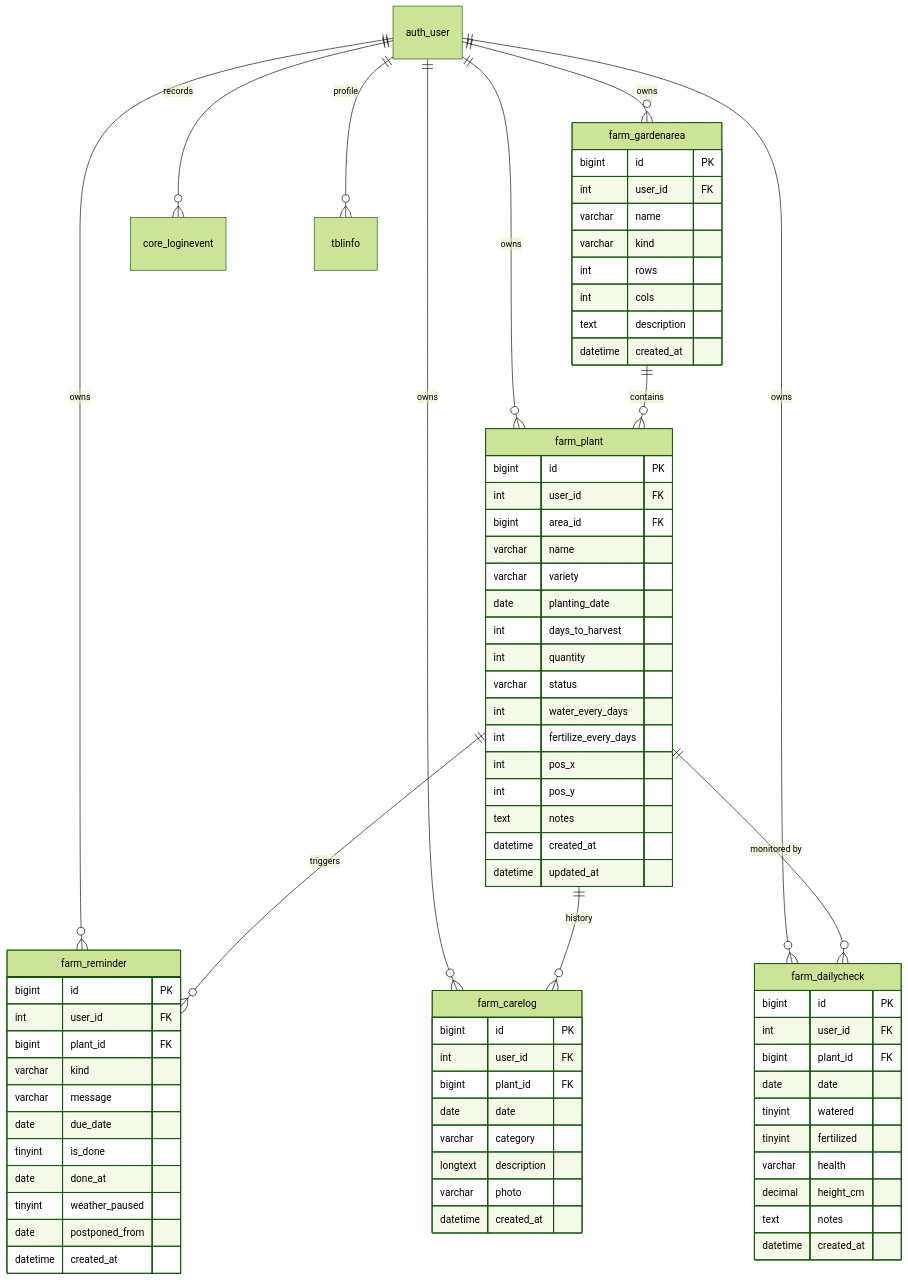
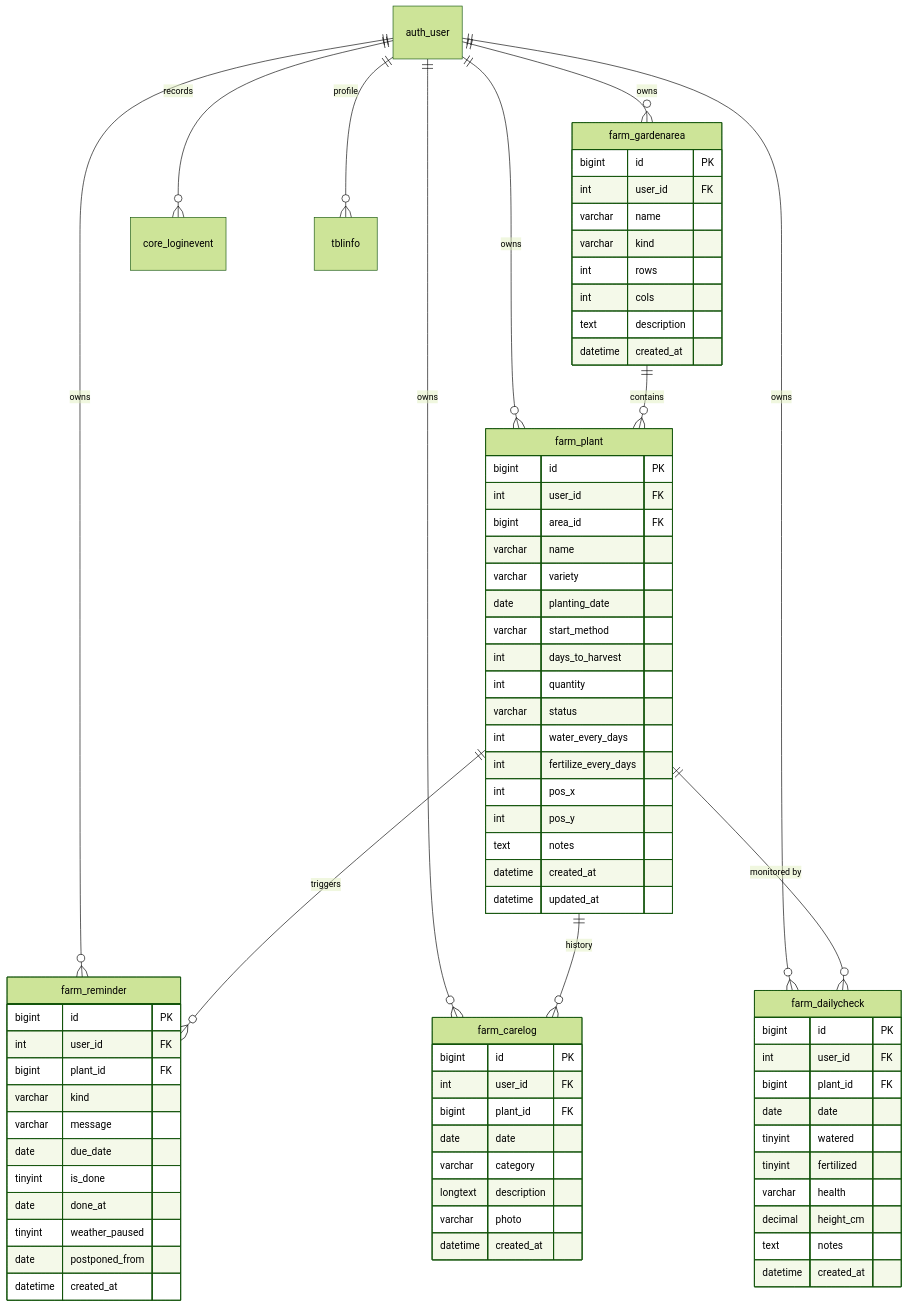
Before and after one commit to Aceggwp/BSIT3B-DJANGO-MOSQUERA-FARM-LOG: the diagram in docs/initial-table-design.md, drawn with Mermaid (forest theme). The commit also changed other lines of this file and 15 other files, not shown here.

````diff
--- a/docs/initial-table-design.md
+++ b/docs/initial-table-design.md
@@ -10,79 +10,80 @@
 ```mermaid
 erDiagram
     auth_user ||--o{ farm_gardenarea : "owns"
     auth_user ||--o{ farm_plant : "owns"
     auth_user ||--o{ farm_reminder : "owns"
     auth_user ||--o{ farm_carelog : "owns"
     auth_user ||--o{ farm_dailycheck : "owns"
     auth_user ||--o{ core_loginevent : "records"
     auth_user ||--o{ tblinfo : "profile"
 
     farm_gardenarea ||--o{ farm_plant : "contains"
     farm_plant ||--o{ farm_reminder : "triggers"
     farm_plant ||--o{ farm_carelog : "history"
     farm_plant ||--o{ farm_dailycheck : "monitored by"
 
     farm_gardenarea {
         bigint id PK
         int user_id FK
         varchar name
         varchar kind
         int rows
         int cols
         text description
         datetime created_at
     }
     farm_plant {
         bigint id PK
         int user_id FK
         bigint area_id FK
         varchar name
         varchar variety
         date planting_date
+        varchar start_method
         int days_to_harvest
         int quantity
         varchar status
         int water_every_days
         int fertilize_every_days
         int pos_x
         int pos_y
         text notes
         datetime created_at
         datetime updated_at
     }
     farm_reminder {
         bigint id PK
         int user_id FK
         bigint plant_id FK
         varchar kind
         varchar message
         date due_date
         tinyint is_done
         date done_at
         tinyint weather_paused
         date postponed_from
         datetime created_at
     }
     farm_carelog {
         bigint id PK
         int user_id FK
         bigint plant_id FK
         date date
         varchar category
         longtext description
         varchar photo
         datetime created_at
     }
     farm_dailycheck {
         bigint id PK
         int user_id FK
         bigint plant_id FK
         date date
         tinyint watered
         tinyint fertilized
         varchar health
         decimal height_cm
         text notes
         datetime created_at
     }
 ```
````
